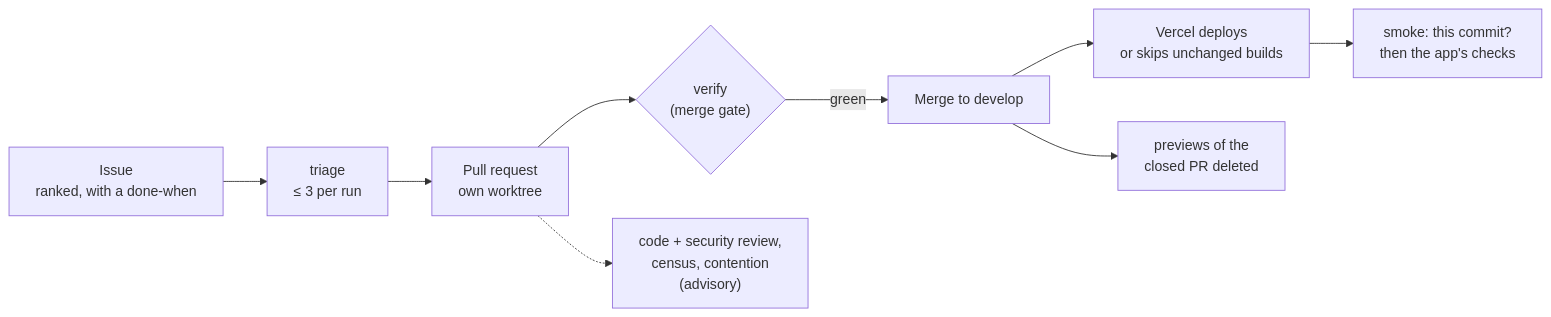
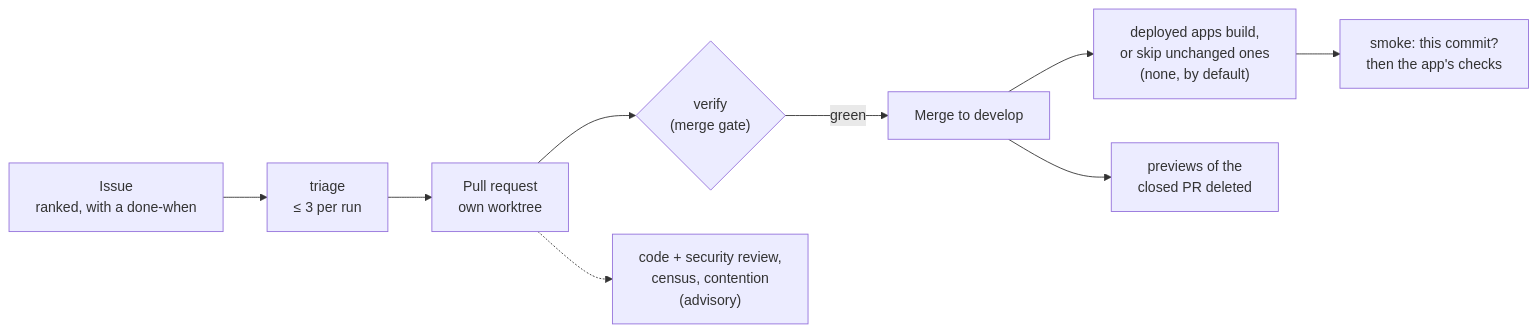
The second of 2 diagrams in README.md (stevemarvell/boris), drawn with Mermaid before and after one commit. The commit also changed other lines of this file and 52 other files, not shown here.

````diff
--- a/README.md
+++ b/README.md
@@ -64,11 +68,11 @@
 ```mermaid
 flowchart LR
   issue["Issue<br/>ranked, with a done-when"] --> triage["triage<br/>≤ 3 per run"]
   triage --> pr["Pull request<br/>own worktree"]
   pr --> checks{"verify<br/>(merge gate)"}
   pr -.-> reviews["code + security review,<br/>census, contention<br/>(advisory)"]
   checks -- green --> merge[Merge to develop]
-  merge --> deploy["Vercel deploys<br/>or skips unchanged builds"]
+  merge --> deploy["deployed apps build,<br/>or skip unchanged ones<br/>(none, by default)"]
   deploy --> smoke["smoke: this commit?<br/>then the app's checks"]
   merge --> prune["previews of the<br/>closed PR deleted"]
 ```
````
